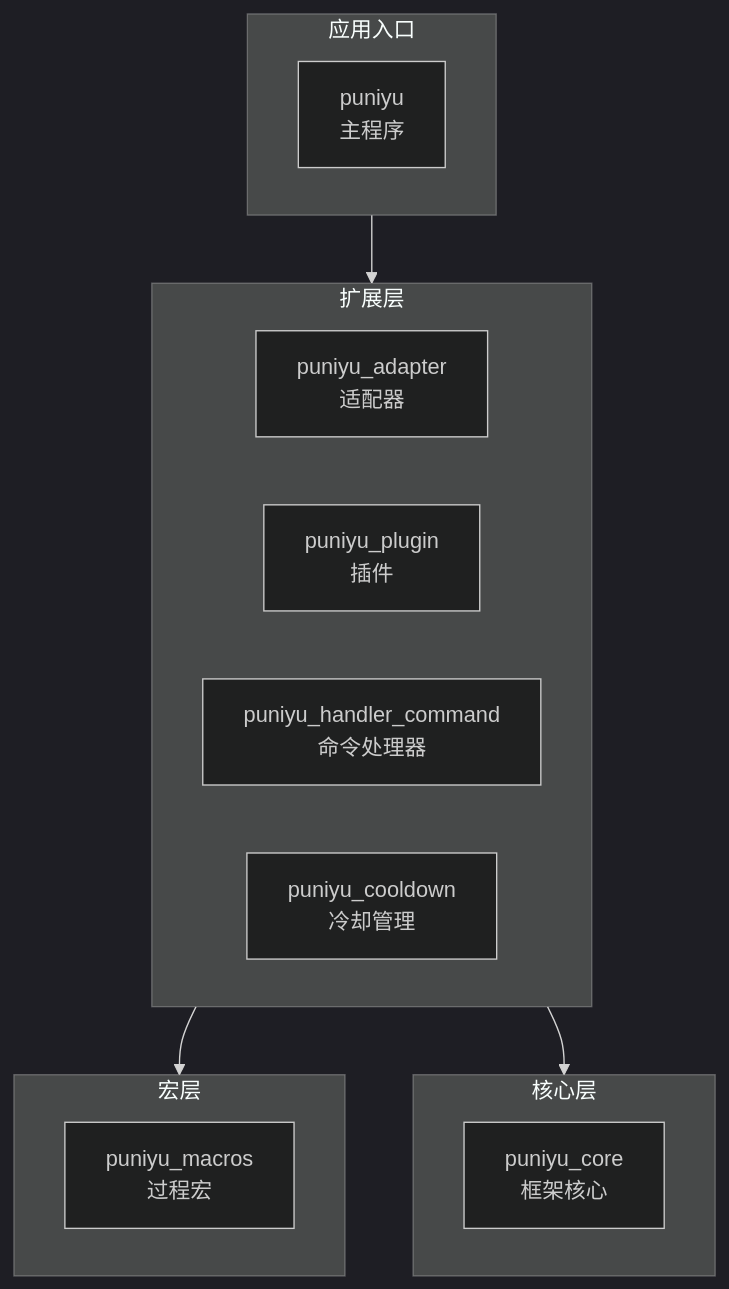
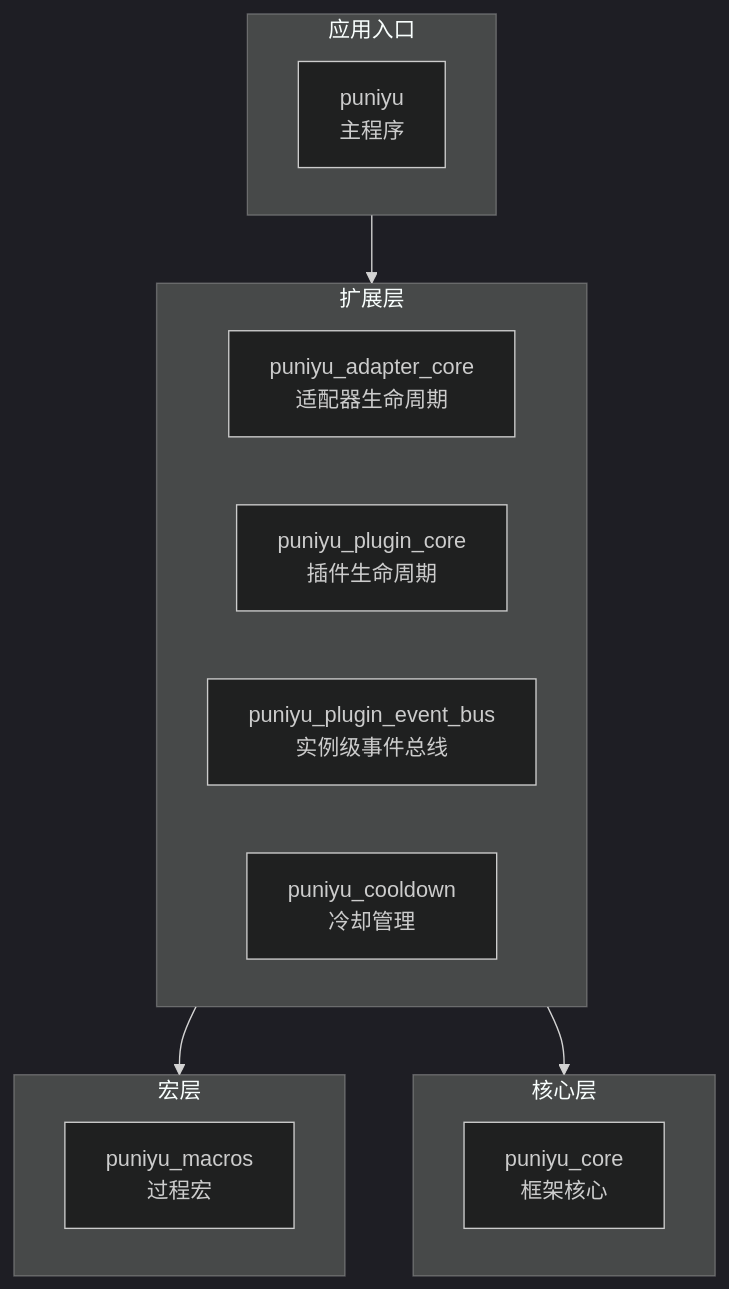
One commit to puniyu/puniyu changed the diagram in README.md. Above: the diagram before and after it, drawn with Mermaid (dark theme). The commit also changed other lines of this file and 159 other files, not shown here.

````diff
--- a/README.md
+++ b/README.md
@@ -103,29 +103,29 @@
 ```mermaid
 graph TB
     subgraph Binary["应用入口"]
         direction LR
         Main["puniyu<br>主程序"]
     end
 
     subgraph ExtLayer["扩展层"]
         direction LR
-        Adapter["puniyu_adapter<br>适配器"]
-        Plugin["puniyu_plugin<br>插件"]
-        Handler["puniyu_handler_command<br>命令处理器"]
+        Adapter["puniyu_adapter_core<br>适配器生命周期"]
+        Plugin["puniyu_plugin_core<br>插件生命周期"]
+        EventBus["puniyu_plugin_event_bus<br>实例级事件总线"]
         Cooldown["puniyu_cooldown<br>冷却管理"]
     end
 
     subgraph MacroLayer["宏层"]
         direction LR
         Macros["puniyu_macros<br>过程宏"]
     end
 
     subgraph CoreLayer["核心层"]
         direction LR
         Core["puniyu_core<br>框架核心"]
     end
 
     Binary --> ExtLayer
     ExtLayer --> MacroLayer
     ExtLayer --> CoreLayer
 ```
````
